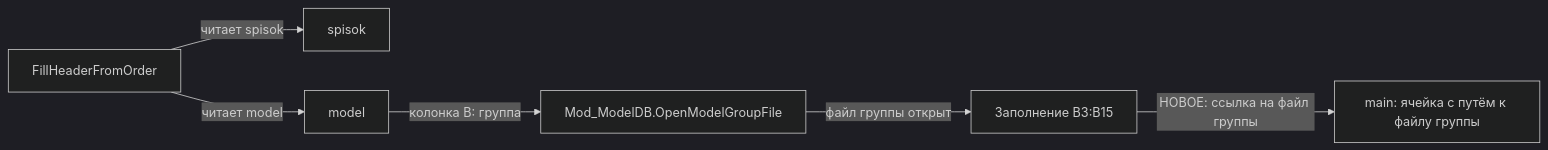
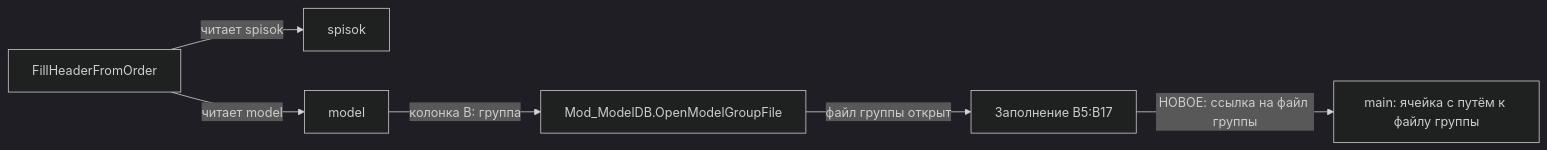
The third of 3 diagrams in docs/ARCHITECTURE.md (BROrepoPRO/SysW), drawn with Mermaid (dark theme) before and after one commit. The commit also changed other lines of this file and 19 other files, not shown here.

````diff
--- a/docs/ARCHITECTURE.md
+++ b/docs/ARCHITECTURE.md
@@ -606,8 +608,8 @@
 ```mermaid
 flowchart LR
     A[FillHeaderFromOrder] -->|читает spisok| B[spisok]
     A -->|читает model| C[model]
     C -->|колонка B: группа| D[Mod_ModelDB.OpenModelGroupFile]
-    D -->|файл группы открыт| E[Заполнение B3:B15]
+    D -->|файл группы открыт| E[Заполнение B5:B17]
     E -->|НОВОЕ: ссылка на файл группы| F[main: ячейка с путём к файлу группы]
 ```
````
